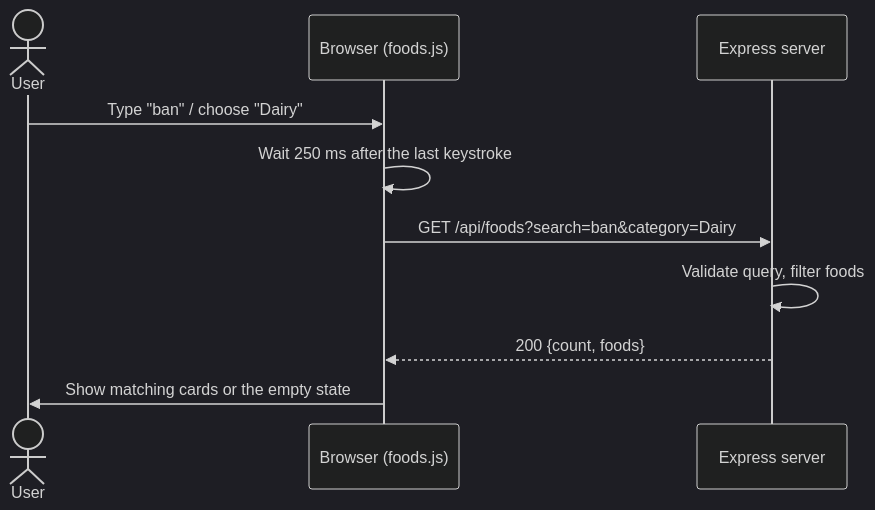
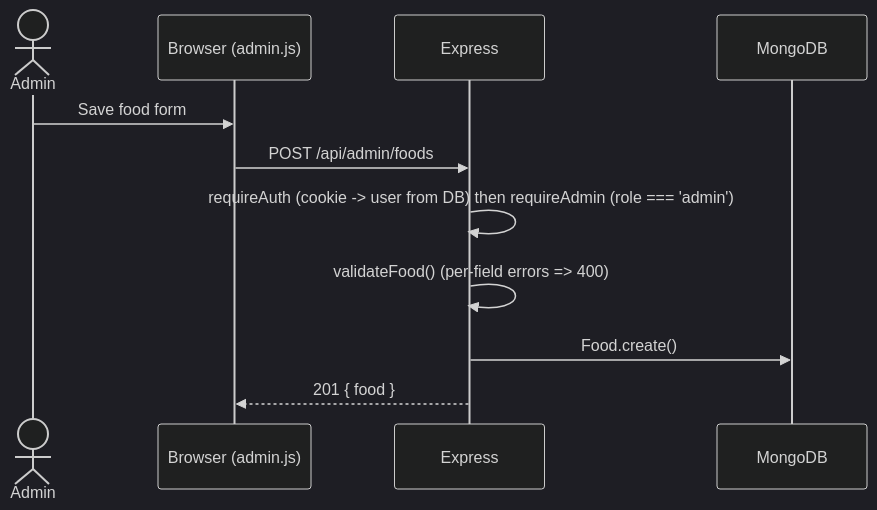
One commit to sheershh/ShelfLife changed the sixth of 6 diagrams in PROJECT_STATUS.md. Above: the diagram before and after it, drawn with Mermaid (dark theme). The commit also changed other lines of this file and 75 other files, not shown here.

First line of the commit message:
ShelfLife 2.0: MongoDB Atlas, AI freshness scanner, admin console, redesign

````diff
--- a/PROJECT_STATUS.md
+++ b/PROJECT_STATUS.md
@@ -286,13 +279,13 @@
 ```mermaid
 sequenceDiagram
-    actor U as User
-    participant B as Browser (foods.js)
-    participant S as Express server
-
-    U->>B: Type "ban" / choose "Dairy"
-    B->>B: Wait 250 ms after the last keystroke
-    B->>S: GET /api/foods?search=ban&category=Dairy
-    S->>S: Validate query, filter foods
-    S-->>B: 200 {count, foods}
-    B->>U: Show matching cards or the empty state
+    actor A as Admin
+    participant B as Browser (admin.js)
+    participant S as Express
+    participant DB as MongoDB
+    A->>B: Save food form
+    B->>S: POST /api/admin/foods
+    S->>S: requireAuth (cookie -> user from DB) then requireAdmin (role === 'admin')
+    S->>S: validateFood() (per-field errors => 400)
+    S->>DB: Food.create()
+    S-->>B: 201 { food }
 ```
````
